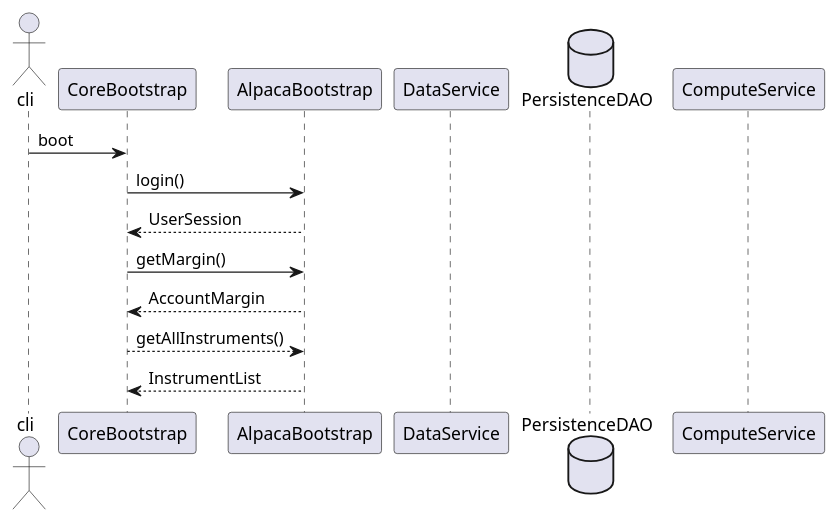
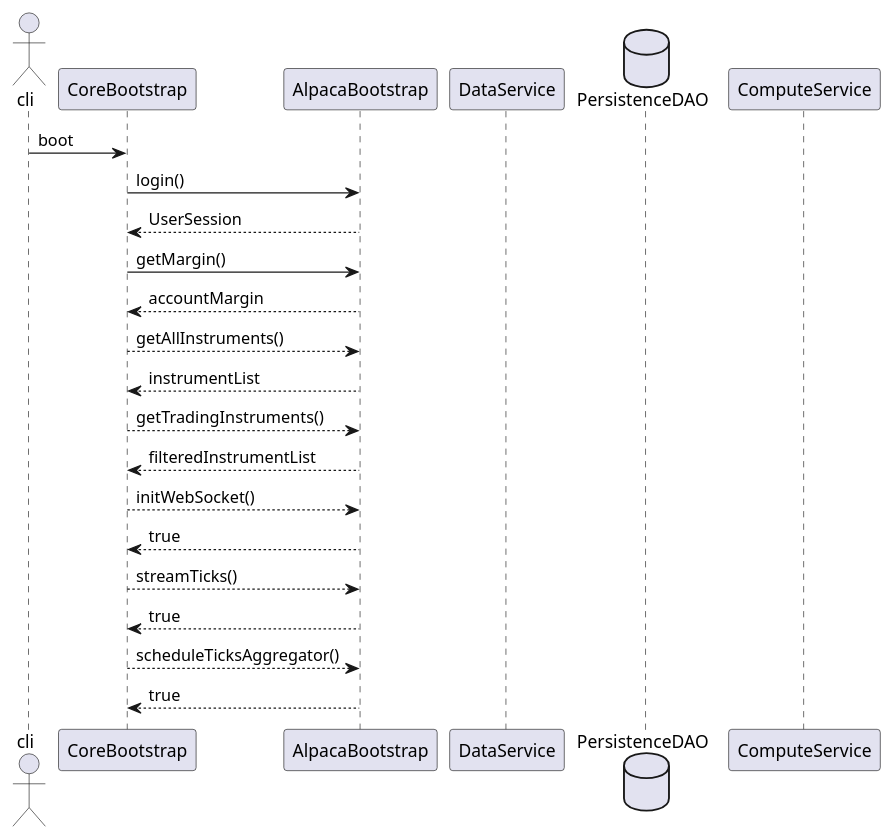
The diagram in uml/sequence/opentrading-platform_sequence_diagram.puml (open-algorithmic-trading/docs), drawn with PlantUML before and after one commit. The commit also changed 4 other files, not shown here.

Commit message:
ReadMe update for modules, UML update

```diff
--- a/uml/sequence/opentrading-platform_sequence_diagram.puml
+++ b/uml/sequence/opentrading-platform_sequence_diagram.puml
@@ -1,22 +1,34 @@
 @startuml
 
 actor cli
 
 participant CoreBootstrap as CB
 participant AlpacaBootstrap as ACB
 participant DataService as DS
 database PersistenceDAO as PD
 participant ComputeService as CS
 
 cli -> CB: boot
 
 CB -> ACB: login()
 return UserSession
 
 CB -> ACB: getMargin()
-return AccountMargin
+return accountMargin
 
 CB --> ACB: getAllInstruments()
-return InstrumentList
+return instrumentList
+
+CB --> ACB: getTradingInstruments()
+return filteredInstrumentList
+
+CB --> ACB: initWebSocket()
+return true
+
+CB --> ACB: streamTicks()
+return true
+
+CB --> ACB: scheduleTicksAggregator()
+return true
 
 @enduml
```
